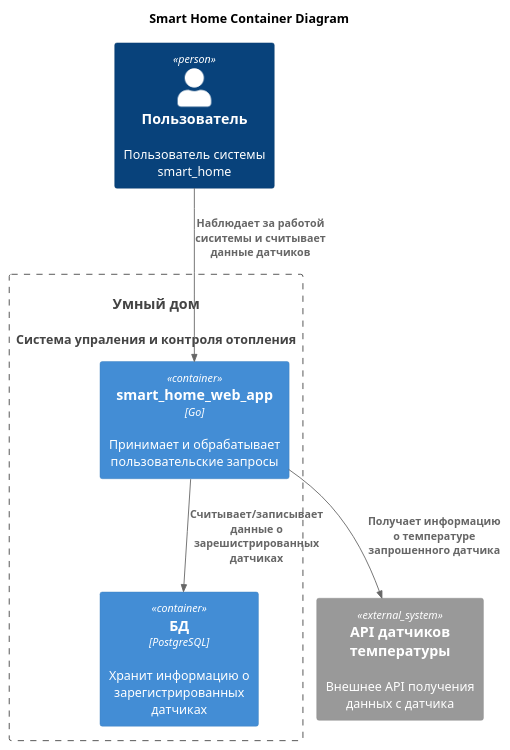
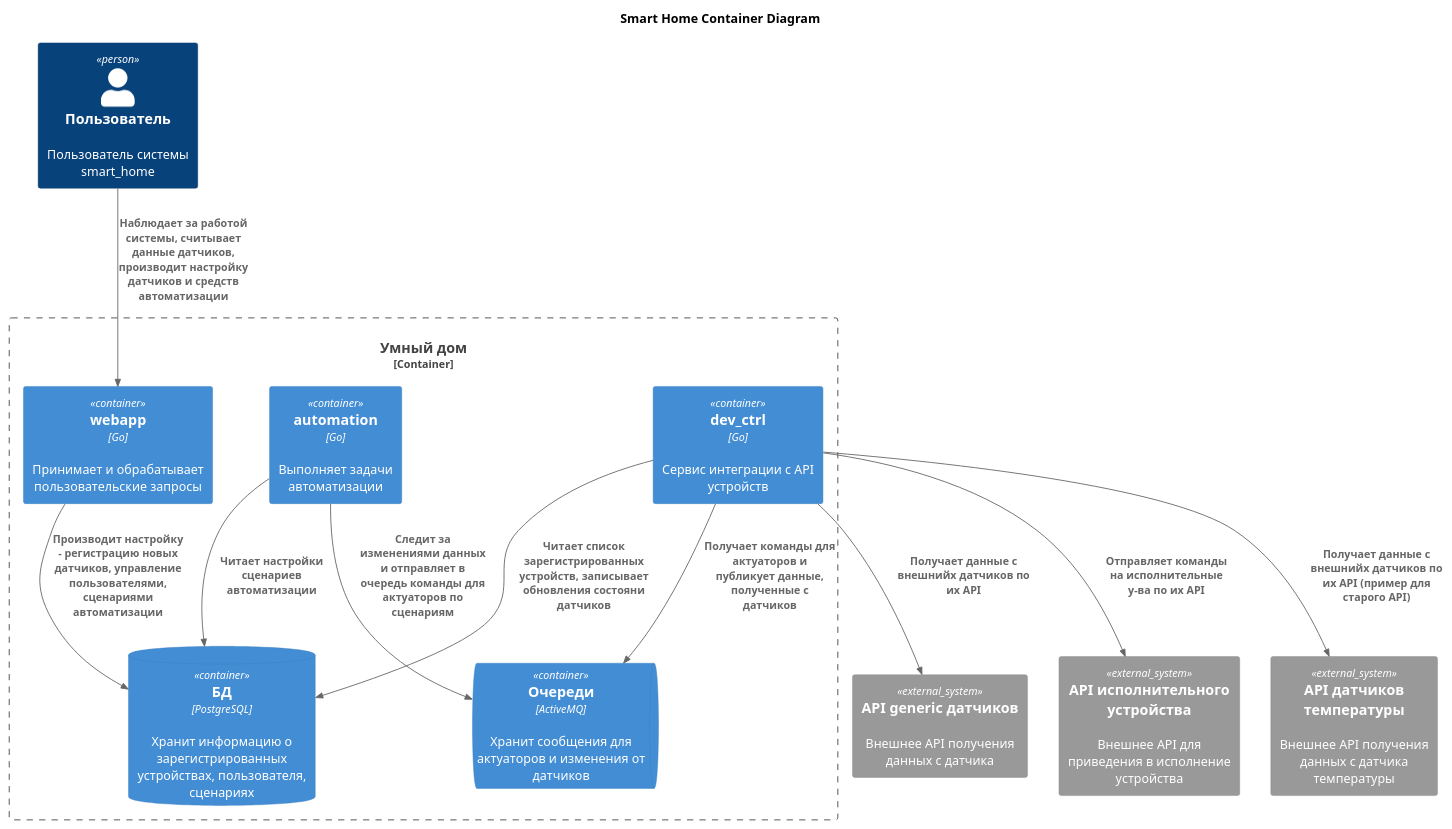
Before and after one commit to eNortman/arch-pro-warmhouse: the diagram in schemas/container.puml, drawn with PlantUML. The commit also changed 4 other files, not shown here.

```diff
--- a/schemas/container.puml
+++ b/schemas/container.puml
@@ -1,21 +1,40 @@
 @startuml
 title Smart Home Container Diagram
 
 top to bottom direction
 
-!includeurl https://raw.githubusercontent.com/RicardoNiepel/C4-PlantUML/master/C4_Component.puml
+!include https://raw.githubusercontent.com/plantuml-stdlib/C4-PlantUML/master/C4_Container.puml
 
 Person(user, "Пользователь", "Пользователь системы smart_home")
-System(smarthome, "Умный дом", "Система упраления и контроля отопления")
+
 
 Container_Boundary(smarthome, "Умный дом") {
-  Container(WebApp, "smart_home_web_app", "Go", "Принимает и обрабатывает пользовательские запросы")
-  Container(Database, "БД", "PostgreSQL", "Хранит информацию о зарегистрированных датчиках")
+  Container(WebApp, "webapp", "Go", "Принимает и обрабатывает пользовательские запросы")
+  Container(Automation, "automation", "Go", "Выполняет задачи автоматизации")
+  
+  ContainerQueue(QBroker, "Очереди", "ActiveMQ", "Хранит сообщения для актуаторов и изменения от датчиков")
+
+  Container(api_int, "dev_ctrl", "Go", "Сервис интеграции с API устройств")
+
+  ContainerDb(Database, "БД", "PostgreSQL", "Хранит информацию о зарегистрированных устройствах, пользователя, сценариях")
 }
 
-System_Ext(api_temp, "API датчиков температуры", "Внешнее API получения данных с датчика")
 
-Rel(user, WebApp, "Наблюдает за работой сиситемы и считывает данные датчиков")
-Rel(WebApp,Database,"Считывает/записывает данные о зарешистрированных датчиках")
-Rel(WebApp,api_temp,"Получает информацию о температуре запрошенного датчика")
+Rel(user, WebApp, "Наблюдает за работой системы, считывает данные датчиков, производит настройку датчиков и средств автоматизации")
+
+Rel(api_int, QBroker,"Получает команды для актуаторов и публикует данные, полученные с датчиков")
+Rel(Automation, QBroker, "Следит за изменениями данных и отправляет в очередь команды для актуаторов по сценариям")
+
+System_Ext(api_temp, "API датчиков температуры", "Внешнее API получения данных с датчика  температуры")
+System_Ext(api_sens, "API generic датчиков", "Внешнее API получения данных с датчика")
+System_Ext(api_act, "API исполнительного устройства", "Внешнее API для приведения в исполнение устройства")
+
+Rel(api_int, api_sens, "Получает данные с внешнийх датчиков по их API")
+Rel(api_int, api_temp, "Получает данные с внешнийх датчиков по их API (пример для старого API)")
+Rel(api_int, api_act, "Отправляет команды на исполнительные у-ва по их API")
+
+Rel(WebApp, Database, "Производит настройку - регистрацию новых датчиков, управление пользователями, сценариями автоматизации")
+Rel(Automation, Database, "Читает настройки сценариев автоматизации")
+Rel(api_int, Database, "Читает список зарегистрированных устройств, записывает обновления состояни датчиков")
+
 @enduml
```
